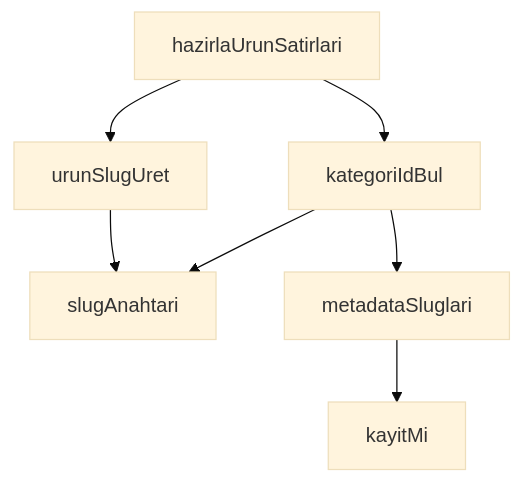
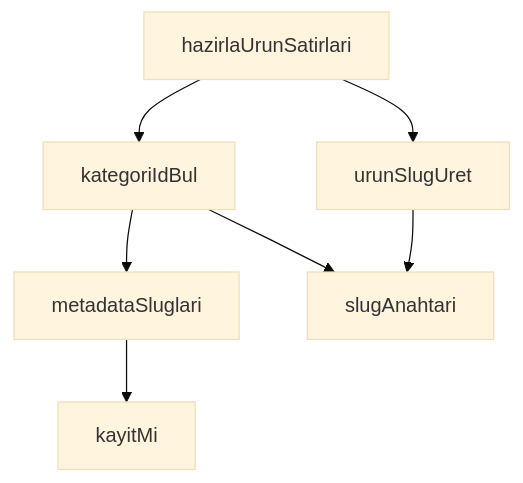
One commit to peckop/venthub-hvac-esite changed the diagram in src/lib/admin/csvProductMapping.md. Above: the diagram before and after it, drawn with Mermaid (base theme). The commit also changed other lines of this file and 134 other files, not shown here.

````diff
--- a/src/lib/admin/csvProductMapping.md
+++ b/src/lib/admin/csvProductMapping.md
@@ -172,15 +172,15 @@
 ```mermaid
 graph TD
     csvProductMapping_ts__hazirlaUrunSatirlari["hazirlaUrunSatirlari"]
     csvProductMapping_ts__kategoriIdBul["kategoriIdBul"]
     csvProductMapping_ts__kayitMi["kayitMi"]
     csvProductMapping_ts__metadataSluglari["metadataSluglari"]
     csvProductMapping_ts__slugAnahtari["slugAnahtari"]
     csvProductMapping_ts__urunSlugUret["urunSlugUret"]
-    csvProductMapping_ts__urunSlugUret --> csvProductMapping_ts__slugAnahtari
-    csvProductMapping_ts__kategoriIdBul --> csvProductMapping_ts__slugAnahtari
     csvProductMapping_ts__kategoriIdBul --> csvProductMapping_ts__metadataSluglari
     csvProductMapping_ts__metadataSluglari --> csvProductMapping_ts__kayitMi
+    csvProductMapping_ts__urunSlugUret --> csvProductMapping_ts__slugAnahtari
+    csvProductMapping_ts__hazirlaUrunSatirlari --> csvProductMapping_ts__kategoriIdBul
+    csvProductMapping_ts__kategoriIdBul --> csvProductMapping_ts__slugAnahtari
     csvProductMapping_ts__hazirlaUrunSatirlari --> csvProductMapping_ts__urunSlugUret
-    csvProductMapping_ts__hazirlaUrunSatirlari --> csvProductMapping_ts__kategoriIdBul
 ```
````
